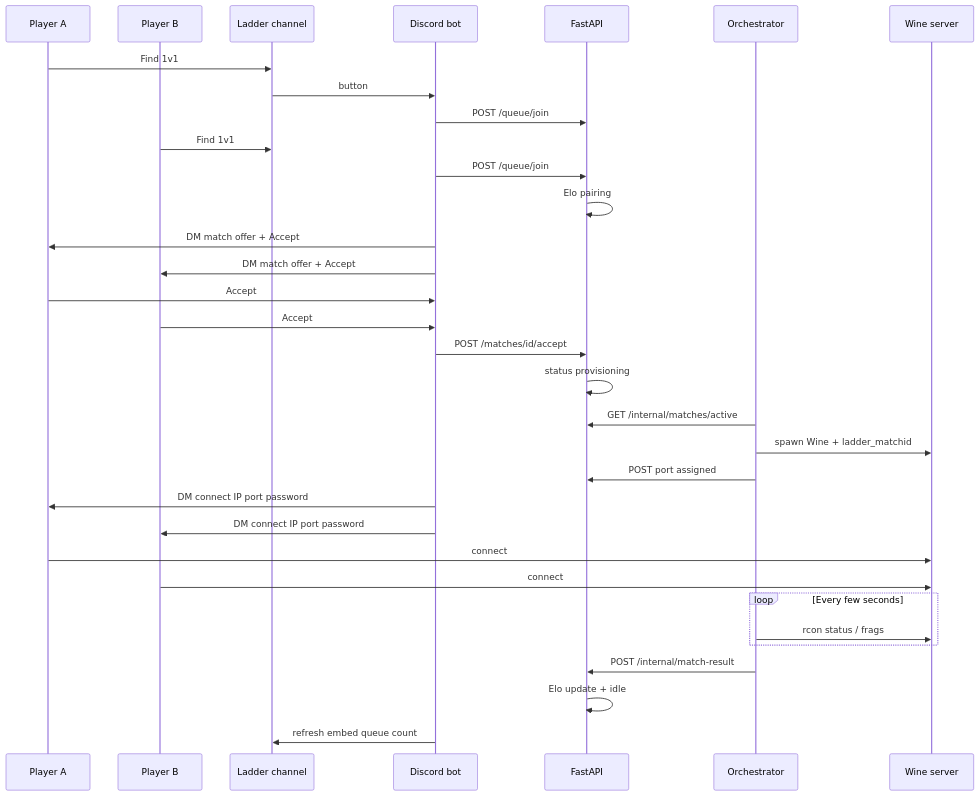
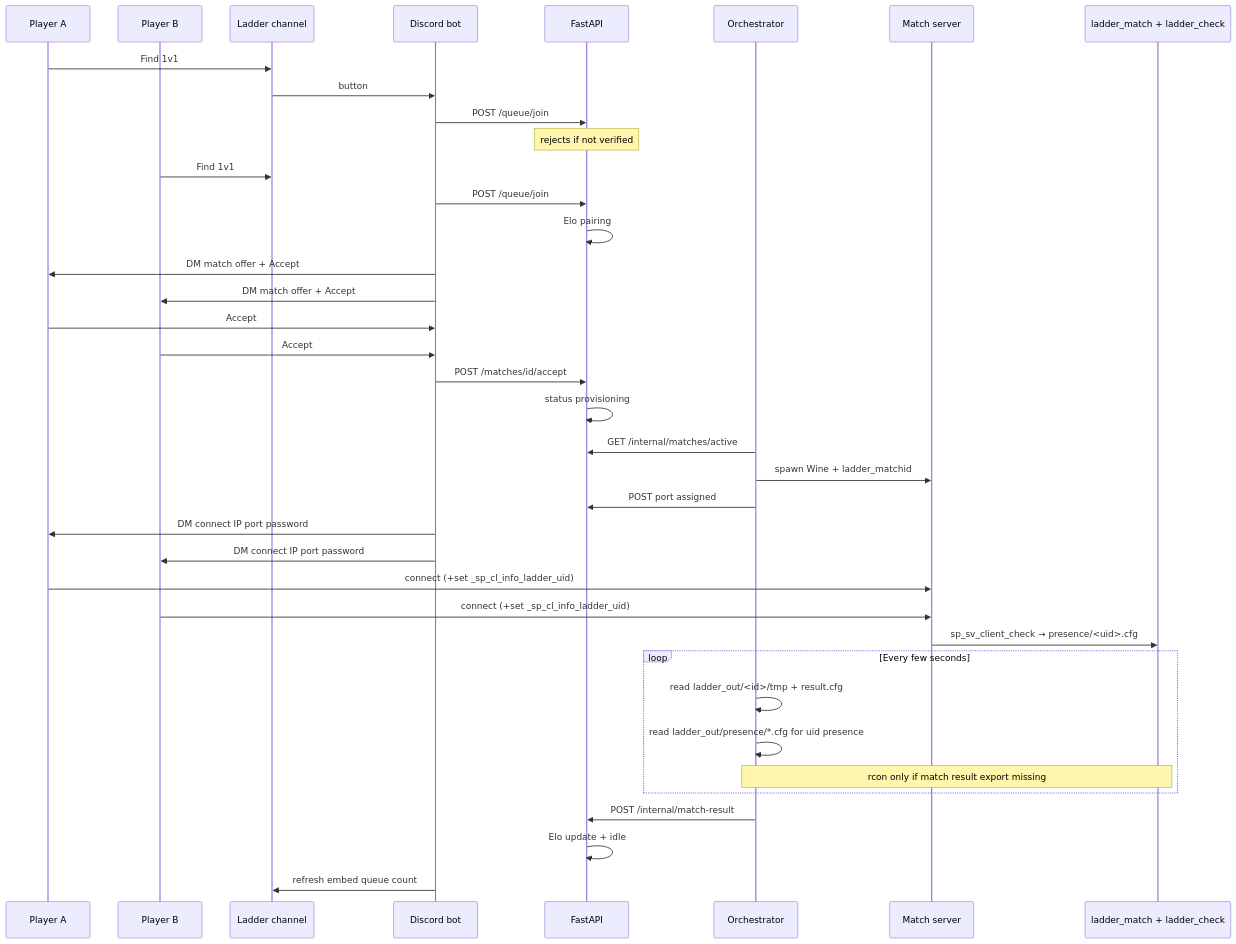
One commit to d3nd3/sof-ladder changed the third of 8 diagrams in README.md. Above: the diagram before and after it, drawn with Mermaid. The commit also changed other lines of this file and 30 other files, not shown here.

````diff
--- a/README.md
+++ b/README.md
@@ -50,36 +82,41 @@
 ```mermaid
 sequenceDiagram
   participant P1 as Player A
   participant P2 as Player B
   participant Ch as Ladder channel
   participant Bot as Discord bot
   participant API as FastAPI
   participant Orch as Orchestrator
-  participant Srv as Wine server
+  participant Srv as Match server
+  participant SP as ladder_match + ladder_check
 
   P1->>Ch: Find 1v1
   Ch->>Bot: button
   Bot->>API: POST /queue/join
+  Note over API: rejects if not verified
   P2->>Ch: Find 1v1
   Bot->>API: POST /queue/join
   API->>API: Elo pairing
   Bot->>P1: DM match offer + Accept
   Bot->>P2: DM match offer + Accept
   P1->>Bot: Accept
   P2->>Bot: Accept
   Bot->>API: POST /matches/id/accept
   API->>API: status provisioning
   Orch->>API: GET /internal/matches/active
   Orch->>Srv: spawn Wine + ladder_matchid
   Orch->>API: POST port assigned
   Bot->>P1: DM connect IP port password
   Bot->>P2: DM connect IP port password
-  P1->>Srv: connect
-  P2->>Srv: connect
+  P1->>Srv: connect (+set _sp_cl_info_ladder_uid)
+  P2->>Srv: connect (+set _sp_cl_info_ladder_uid)
+  Srv->>SP: sp_sv_client_check → presence/<uid>.cfg
   loop Every few seconds
-    Orch->>Srv: rcon status / frags
+    Orch->>Orch: read ladder_out/<id>/tmp + result.cfg
+    Orch->>Orch: read ladder_out/presence/*.cfg for uid presence
+    Note over Orch,SP: rcon only if match result export missing
   end
   Orch->>API: POST /internal/match-result
   API->>API: Elo update + idle
   Bot->>Ch: refresh embed queue count
 ```
````
